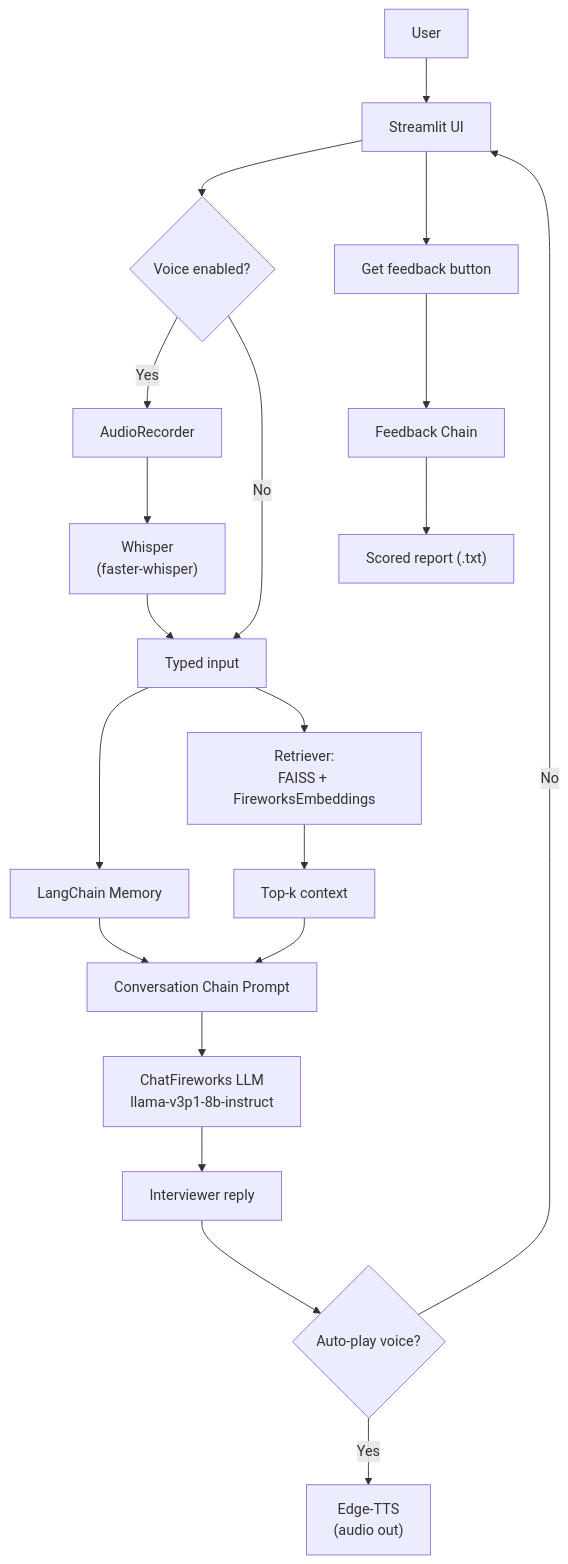
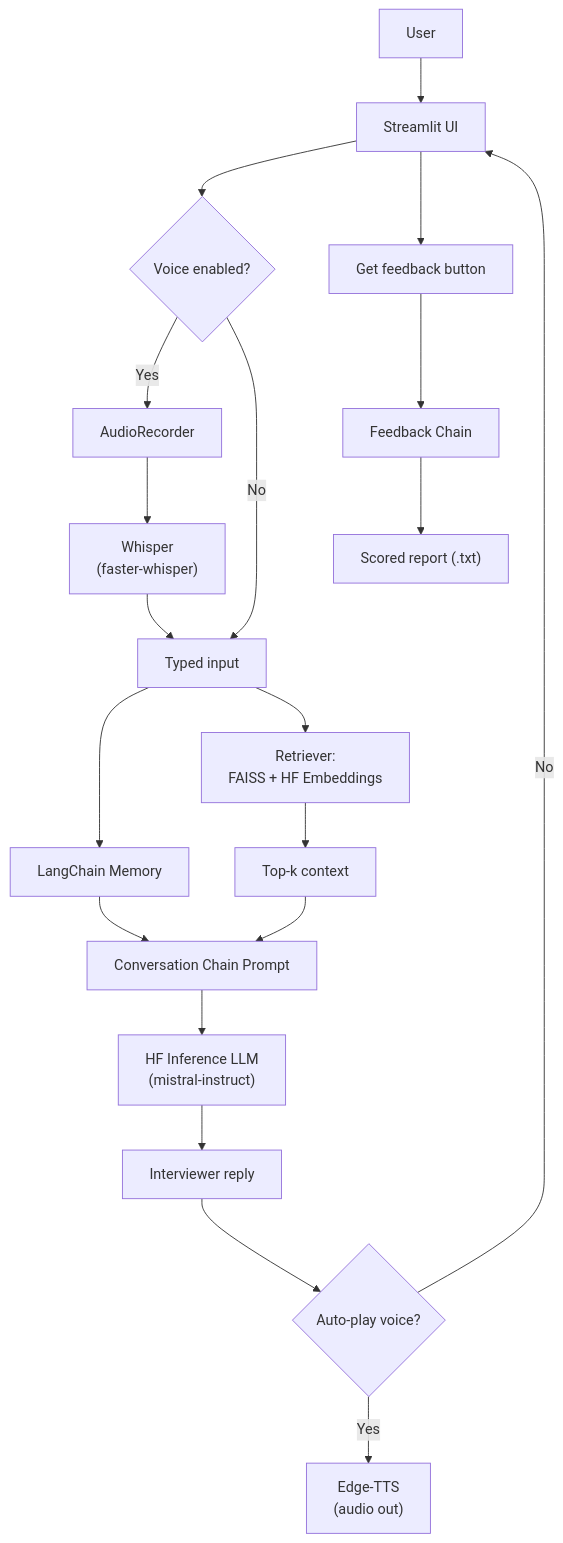
One commit to souvikDevloper/AI-Interview-Coach changed the diagram in README.md. Above: the diagram before and after it, drawn with Mermaid. The commit also changed other lines of this file and 6 other files, not shown here.

````diff
--- a/README.md
+++ b/README.md
@@ -41,33 +41,33 @@
 ```mermaid
 flowchart TD
   A[User] --> B[Streamlit UI]
 
   %% Input path
   B --> C{Voice enabled?}
   C -- Yes --> D[AudioRecorder]
   D --> E["Whisper\n(faster-whisper)"]
   C -- No --> F[Typed input]
   E --> F
 
   %% Retrieval & memory
   F --> G[LangChain Memory]
-  F --> H["Retriever:\nFAISS + FireworksEmbeddings"]
+  F --> H["Retriever:\nFAISS + HF Embeddings"]
   H --> I[Top-k context]
 
   %% Conversation
   G --> J[Conversation Chain Prompt]
   I --> J
-  J --> K["ChatFireworks LLM\nllama-v3p1-8b-instruct"]
+  J --> K["HF Inference LLM\n(mistral-instruct)"]
   K --> L[Interviewer reply]
 
   %% TTS
   L --> M{Auto-play voice?}
   M -- Yes --> N["Edge-TTS\n(audio out)"]
   M -- No --> B
 
   %% Feedback
   B --> O["Get feedback" button]
   O --> P[Feedback Chain]
   P --> Q["Scored report (.txt)"]
 
 ```
````
